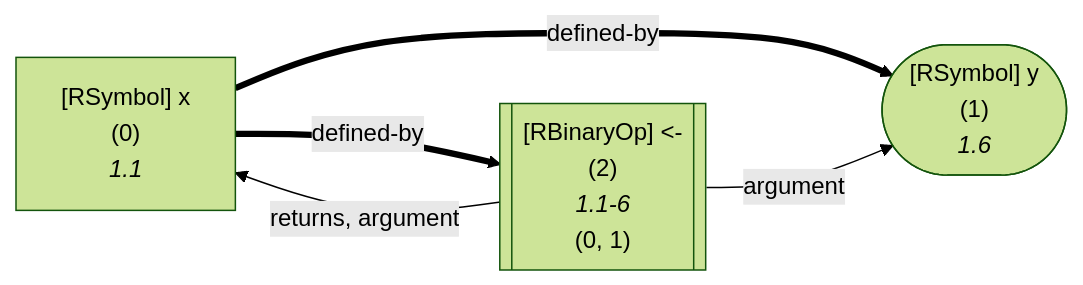
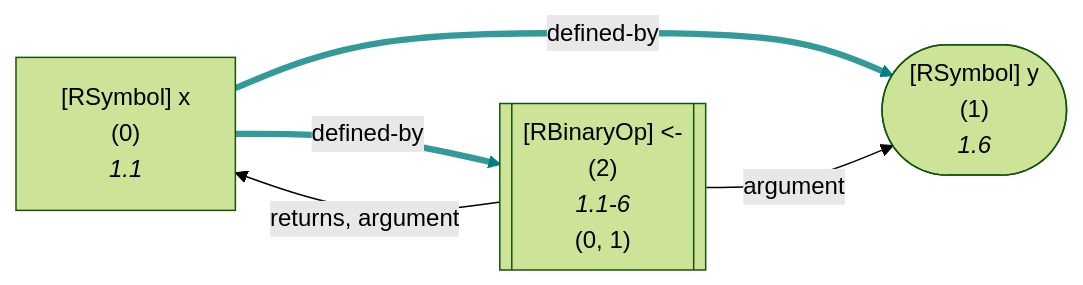
Diagram 21 of 33 in wiki/Dataflow Graph.md (flowr-analysis/flowr), drawn with Mermaid (forest theme) before and after one commit. The commit also changed other lines of this file and 8 other files, not shown here.

````diff
--- a/wiki/Dataflow Graph.md
+++ b/wiki/Dataflow Graph.md
@@ -1847,19 +2196,19 @@
 ```mermaid
 flowchart LR
     1(["`#91;RSymbol#93; y
       (1)
       *1.6*`"])
     0["`#91;RSymbol#93; x
       (0)
       *1.1*`"]
     2[["`#91;RBinaryOp#93; #60;#45;
       (2)
       *1.1-6*
     (0, 1)`"]]
     0 -->|"defined-by"| 1
-    linkStyle 0 stroke:black,color:black,stroke-width:4.2px;
+    linkStyle 0 stroke:teal,stroke-width:4.2px,stroke-opacity:.8
     0 -->|"defined-by"| 2
-    linkStyle 1 stroke:black,color:black,stroke-width:4.2px;
+    linkStyle 1 stroke:teal,stroke-width:4.2px,stroke-opacity:.8
     2 -->|"argument"| 1
     2 -->|"returns, argument"| 0
 ```
````
